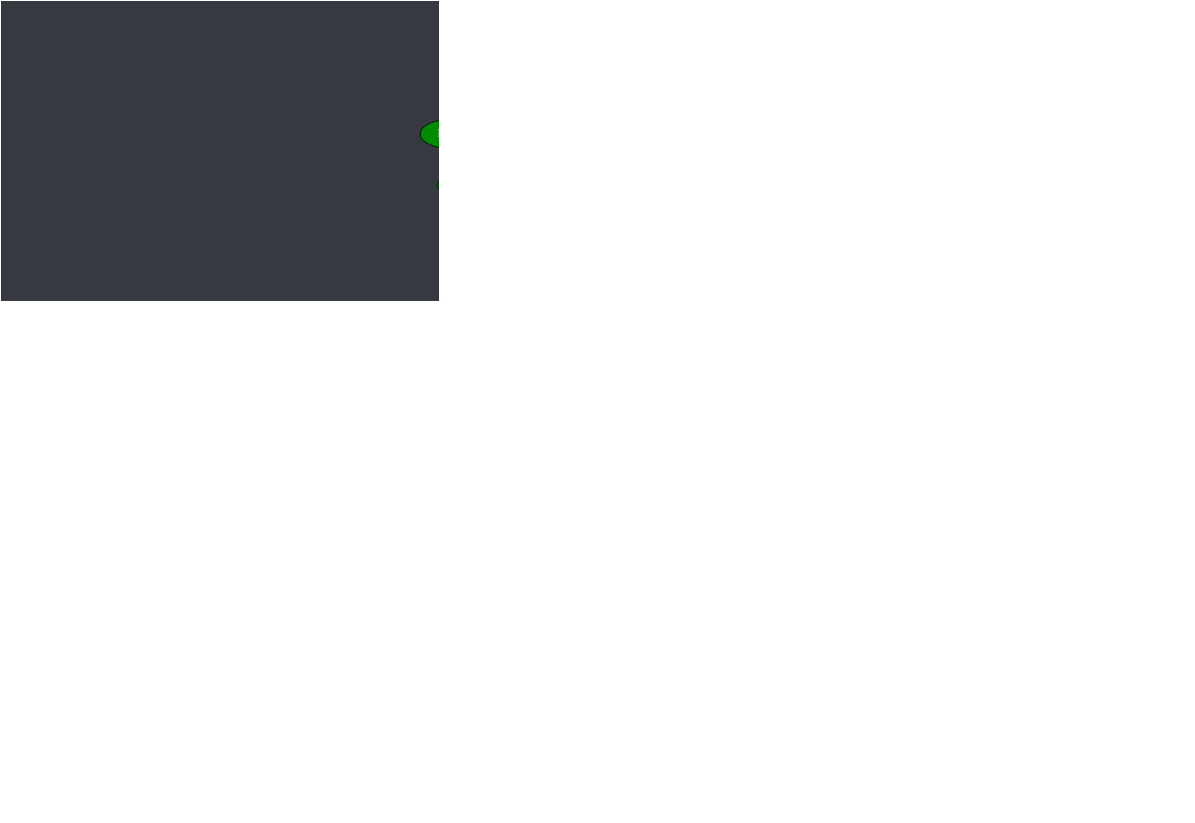
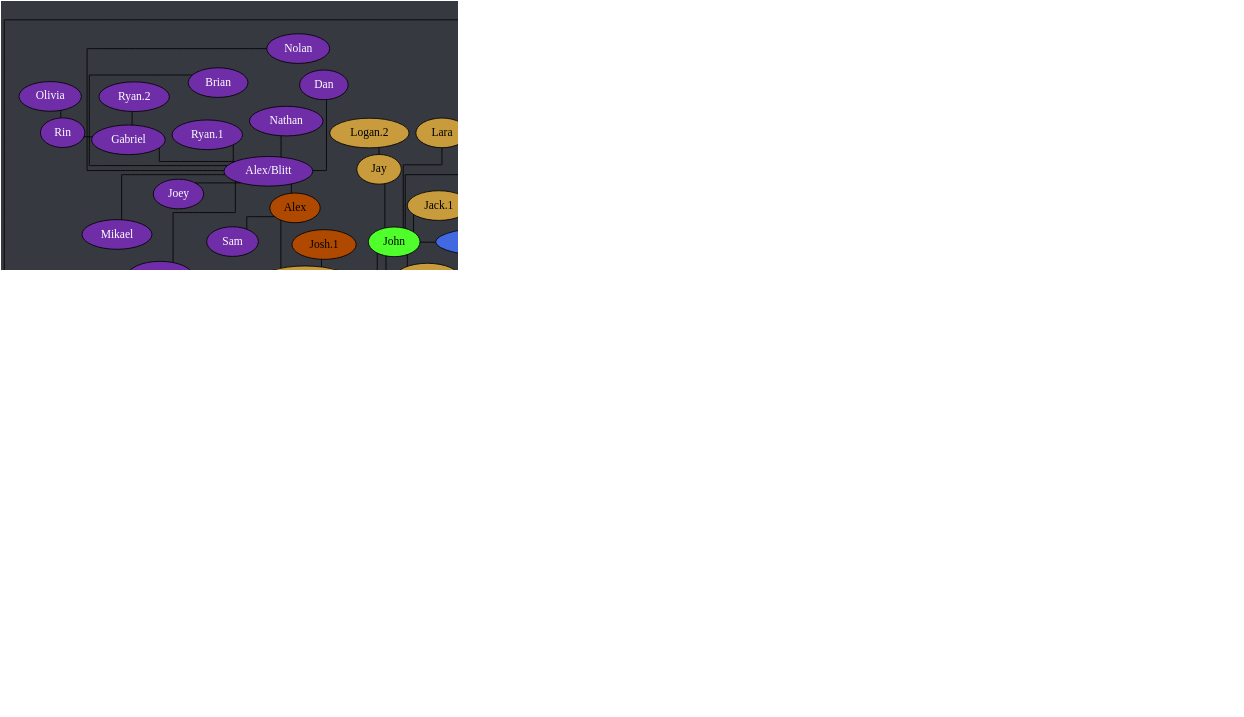
The diagram in tree.dot (Documidas/CoronaCatzFamilyTree), drawn with Graphviz before and after one commit. The commit also changed 1 other file, not shown here.

Commit message:
Add Simon

```diff
--- a/tree.dot
+++ b/tree.dot
@@ -1,183 +1,184 @@
 strict graph {
 	// Layout Configuration
 	layout = neato;
 	dpi = 200;
 	epsilon = 0.01;
 	mode = major;
 	model = subset;
 	overlap = false;
 	splines = ortho;
 	start = rand;
 
 	// Visual Configuration
 	graph [ truecolor=true bgcolor="#36393f" ];
 	node [ style=filled fillcolor="gray" fontcolor="black" ];
 
 	subgraph "Joel" {
 		node [ style=filled fillcolor="firebrick4" fontcolor="white" ];
 		Joel [ style=filled fillcolor="gold" fontcolor="black" ];
 
 		Cayla -- Ali;
 		Cayla -- Jake;
 		Cayla -- Jonathan;
 		Cayla -- "Nick.1";
 		Cayla -- Ranger;
 		Cayla -- Ross;
 		Joel -- Anders;
 		Joel -- Austin;
 		Joel -- Cayla;
 		Joel -- Jared;
 		Joel -- Patrick;
 		Joel -- Steven;
 		Joel -- Zachry;
 		Zachry -- Syd;
 	}
 
 	subgraph "Anders" {
 		node [ style=filled fillcolor="green4" fontcolor="white" ];
 		// Anders [ style=filled fillcolor="green4" fontcolor="white" ];
 
 		Anders -- Chiara;
 		Anders -- "Cody.1";
 		Anders -- Cole;
 		Anders -- Daniel;
 		Anders -- Derek;
 		Anders -- DJ;
 		Anders -- Jen;
 		Anders -- "Matt.2";
 		Anders -- Solis;
 		Anders -- Wyatt;
 		Anders -- Viwat;
 		Anders -- "Zach.0";
 		Anders -- Zack;
 	}
 
 	subgraph "Jared" {
 		node [ style=filled fillcolor="royalblue" fontcolor="black" ];
 		// Jared [ style=filled fillcolor="royalblue" fontcolor="black" ];
 
 		Aly -- "Nick.2";
 		America -- "Kat.2";
 		Brandi -- Justine;
 		"Bryan.1" -- "Brandon.2";
 		"Bryan.1" -- "Cody.2";
 		"Bryan.1" -- Lori;
 		"Bryan.1" -- "Matt.3";
 		"Bryan.1" -- Nebtune;
 		Donnie -- Aiyo;
 		Donnie -- "Alex.2";
 		Donnie -- Aresty;
 		Donnie -- "Bryan.1";
 		Donnie -- Hua;
 		Donnie -- Mello;
 		Donnie -- Mia;
 		Donnie -- Mimi;
 		Donnie -- Moon;
 		Donnie -- "Nick.2";
 		Donnie -- Naomi;
 		Donnie -- Serge;
 		Donnie -- Vala;
 		Gaby -- "Chris.2";
 		Lori -- "Brandon.1";
 		Jared -- Alexander;
 		Jared -- Ben;
 		Jared -- Brandi;
 		Jared -- "Carter-1.0";
 		Jared -- Chad;
 		Jared -- Dave;
 		Jared -- Donnie;
 		Jared -- Em;
 		Jared -- Fabi;
 		Jared -- Frank;
 		Jared -- Hannah;
 		Jared -- "John Boi";
 		Jared -- "Josh.2";
 		Jared -- Mason;
 		Jared -- "Matt.1";
 		Jared -- Mehmet;
 		Jared -- Nam;
 		Jared -- Pixie;
 		Jared -- Spencer;
 		Jared -- Tyler;
 		Jared -- "Zach/Laniakea";
 		Jared -- Zoe;
 		"John Boi" -- Hardie;
 		Mimi -- Hia;
 		Moon -- "Brandon.3";
 		Tyler -- Aly;
 		Tyler -- "Alex.3";
 		Tyler -- America;
 		Tyler -- "Bryan.2";
 		Tyler -- Gaby;
 		Zoe -- Aiden;
+		Zoe -- Simon;
 	}
 
 	subgraph "Zach/Laniakea" {
 		node [ style=filled fillcolor="#4eff2c" fontcolor="black" ];
 		// "Zach/Laniakea" [ style=filled fillcolor="#4eff2c" fontcolor="black" ];
 
 		"Caio.2" -- "Kyle.1";
 		"Caio.2" -- Lucas;
 		"Ryan/Des" -- Marcus;
 		"Zach/Laniakea" -- "Caio.2";
 		"Zach/Laniakea" -- John;
 		"Zach/Laniakea" -- "Logan.1";
 		"Zach/Laniakea" -- Kevin;
 		"Zach/Laniakea" -- Kody;
 		"Zach/Laniakea" -- "Kyle.0";
 		"Zach/Laniakea" -- Mike;
 		"Zach/Laniakea" -- "Ryan/Des";
 		"Zach/Laniakea" -- "Ryan/Winters";
 		"Ryan/Winters" -- "Zach.1";
 	}
 
 	subgraph "John" {
 		node [ style=filled fillcolor="#c89b3c" fontcolor="black" ];
 		// John [ style=filled fillcolor="#c89b3c" fontcolor="black" ];
 
 		Jay -- "Logan.2";
 		John -- Anna;
 		John -- Emily;
 		John -- Haber;
 		John -- Jay;
 		John -- "Jack.1";
 		John -- Lara;
 		John -- "Thomas.1";
 	}
 
 	subgraph "Thomas.1" {
 		node [ style=filled fillcolor="#b04900" fontcolor="black" ];
 		// "Thomas.1" [ style=filled fillcolor="#b04900" fontcolor="black" ];
 
 		"Da'Von" -- Dalton;
 		"Da'Von" -- Jon;
 		"Da'Von" -- Karma;
 		"Da'Von" -- Zeller;
 		Dalton -- "Carter.2";
 		"Thomas.1" -- Alex;
 		"Thomas.1" -- "Da'Von";
 		"Thomas.1" -- Dre;
 		"Thomas.1" -- "Josh.1";
 		"Thomas.1" -- "Tony.1";
 	}
 
 	subgraph "Alex" {
 		node [ style=filled fillcolor="#6f2da8" fontcolor="white" ];
 		// Alex [ style=filled fillcolor="#6f2da8" fontcolor="black" ];
 
 		Alex -- "Alex/Blitt";
 		Alex -- Sam;
 		"Alex/Blitt" -- Brian;
 		"Alex/Blitt" -- Dan;
 		"Alex/Blitt" -- Gabriel;
 		"Alex/Blitt" -- Joey;
 		"Alex/Blitt" -- "Kyle.3";
 		"Alex/Blitt" -- Mikael;
 		"Alex/Blitt" -- Nathan;
 		"Alex/Blitt" -- Nolan;
 		"Alex/Blitt" -- "Ryan.1";
 		Gabriel -- Rin;
 		Gabriel -- "Ryan.2";
 		Rin -- Olivia;
 	}
 }
```
